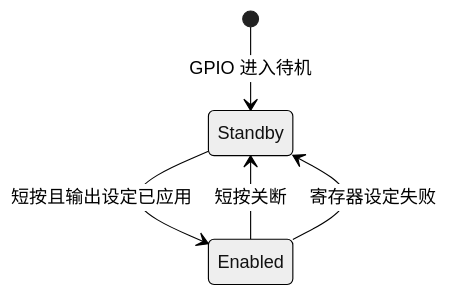
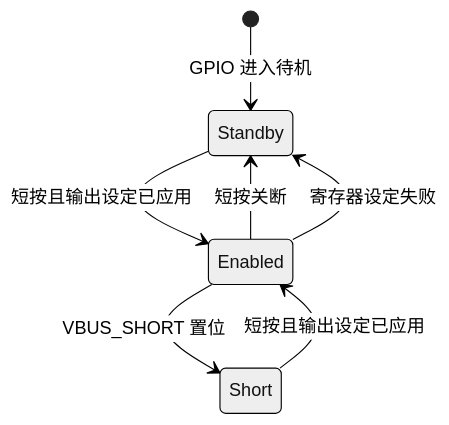
One commit to 0x77fe/SC8815-PowerSupply changed the fourth of 5 diagrams in docs/firmware.md. Above: the diagram before and after it, drawn with Mermaid (neutral theme). The commit also changed other lines of this file and 5 other files, not shown here.

````diff
--- a/docs/firmware.md
+++ b/docs/firmware.md
@@ -140,7 +140,9 @@
 ```mermaid
 stateDiagram-v2
     [*] --> Standby: GPIO 进入待机
     Standby --> Enabled: 短按且输出设定已应用
     Enabled --> Standby: 短按关断
+    Enabled --> Short: VBUS_SHORT 置位
+    Short --> Enabled: 短按且输出设定已应用
     Enabled --> Standby: 寄存器设定失败
 ```
````
